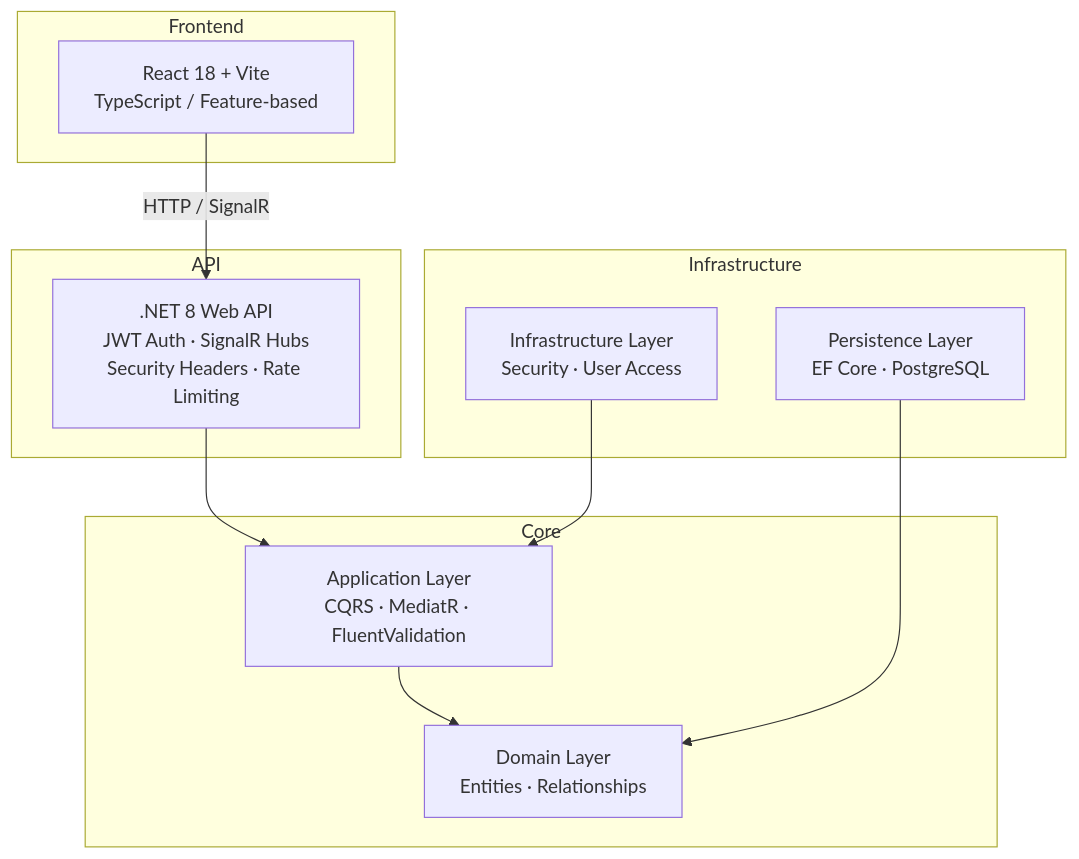
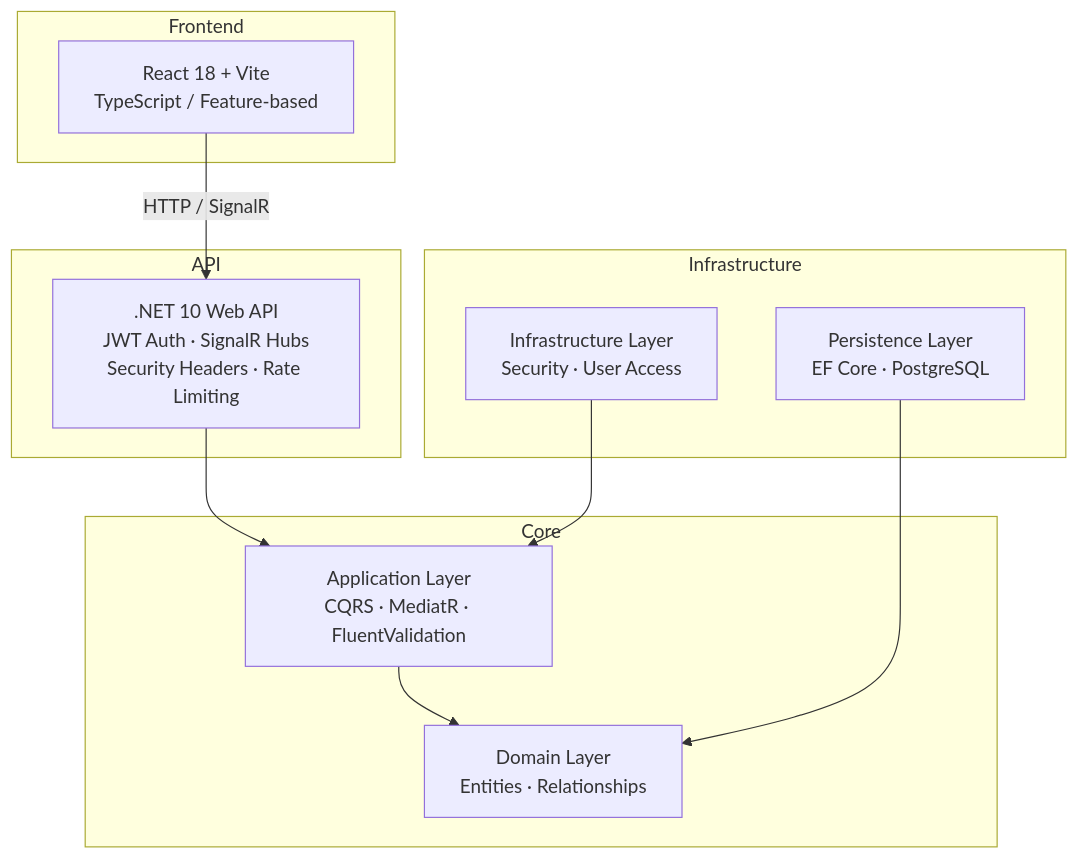
One commit to CiaranK87/BugTrack changed the diagram in README.md. Above: the diagram before and after it, drawn with Mermaid. The commit also changed other lines of this file and 14 other files, not shown here.

````diff
--- a/README.md
+++ b/README.md
@@ -130,26 +130,26 @@
 ```mermaid
 graph TD
     subgraph UI_Layer [Frontend]
         UI["React 18 + Vite\nTypeScript / Feature-based"]
     end
 
     subgraph API_Layer [API]
-        API[".NET 8 Web API\nJWT Auth · SignalR Hubs\nSecurity Headers · Rate Limiting"]
+        API[".NET 10 Web API\nJWT Auth · SignalR Hubs\nSecurity Headers · Rate Limiting"]
     end
 
     subgraph Core_Layer [Core]
         APP["Application Layer\nCQRS · MediatR · FluentValidation"]
         DOMAIN["Domain Layer\nEntities · Relationships"]
     end
 
     subgraph Infrastructure_Layer [Infrastructure]
         PERSIST["Persistence Layer\nEF Core · PostgreSQL"]
         INFRA["Infrastructure Layer\nSecurity · User Access"]
     end
 
     UI -->|HTTP / SignalR| API
     API --> APP
     APP --> DOMAIN
     PERSIST --> DOMAIN
     INFRA --> APP
 ```
````
